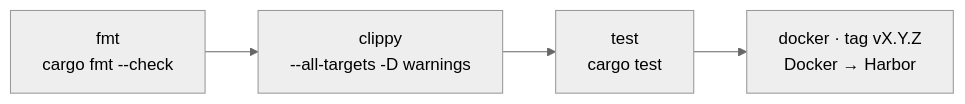
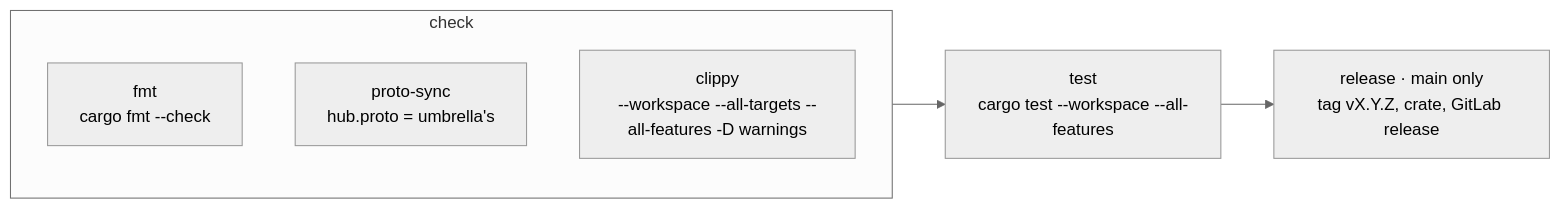
Before and after one commit to snodra/snodra-messaging-rs: the diagram in README.md, drawn with Mermaid (neutral theme). The commit also changed other lines of this file, not shown here.

````diff
--- a/README.md
+++ b/README.md
@@ -1730,4 +1951,9 @@
 ```mermaid
 flowchart LR
-    fmt["fmt<br/>cargo fmt --check"] --> clippy["clippy<br/>--all-targets -D warnings"] --> test["test<br/>cargo test"] --> docker["docker · tag vX.Y.Z<br/>Docker → Harbor"]
+    subgraph check
+      fmt["fmt<br/>cargo fmt --check"]
+      sync["proto-sync<br/>hub.proto = umbrella's"]
+      clippy["clippy<br/>--workspace --all-targets --all-features -D warnings"]
+    end
+    check --> test["test<br/>cargo test --workspace --all-features"] --> release["release · main only<br/>tag vX.Y.Z, crate, GitLab release"]
 ```
````
